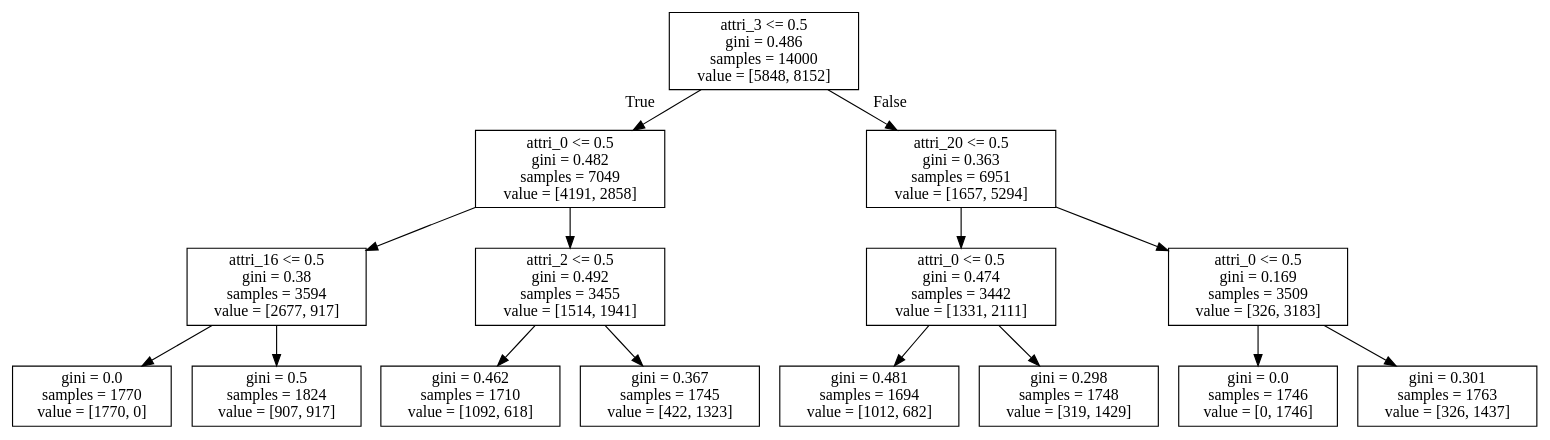
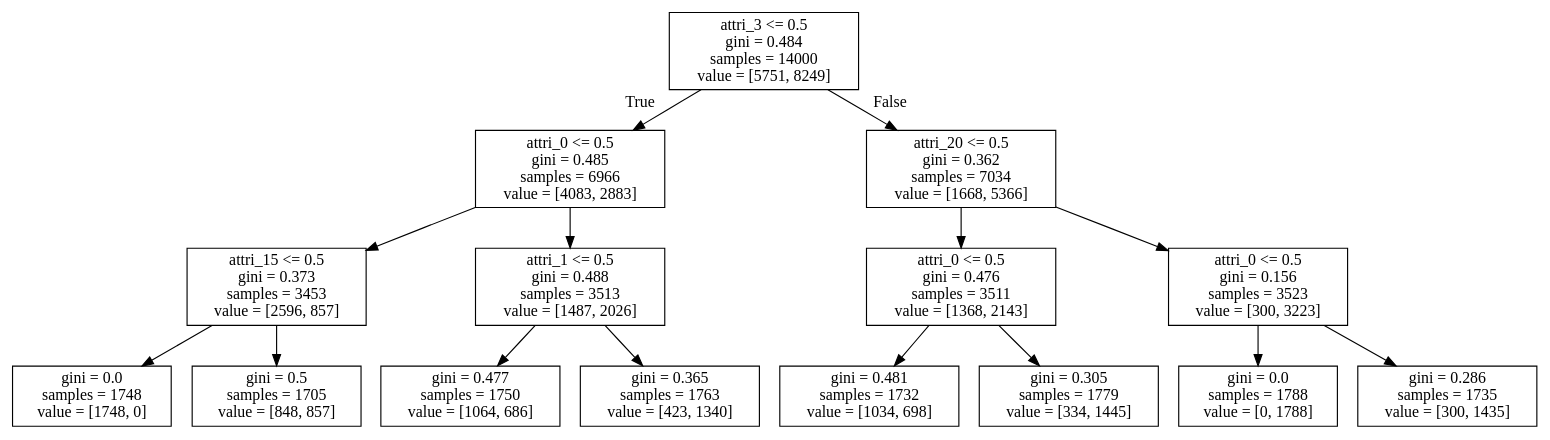
One commit to ElektrischesSchaf/Data_Mining_2019_Projects changed the diagram in Decision_Tree/models/decision_tree_depth_m1_3.dot. Above: the diagram before and after it, drawn with Graphviz. The commit also changed 12 other files, not shown here.

```diff
--- a/Decision_Tree/models/decision_tree_depth_m1_3.dot
+++ b/Decision_Tree/models/decision_tree_depth_m1_3.dot
@@ -1,32 +1,32 @@
 digraph Tree {
 node [shape=box] ;
-0 [label="attri_3 <= 0.5\ngini = 0.486\nsamples = 14000\nvalue = [5848, 8152]"] ;
-1 [label="attri_0 <= 0.5\ngini = 0.482\nsamples = 7049\nvalue = [4191, 2858]"] ;
+0 [label="attri_3 <= 0.5\ngini = 0.484\nsamples = 14000\nvalue = [5751, 8249]"] ;
+1 [label="attri_0 <= 0.5\ngini = 0.485\nsamples = 6966\nvalue = [4083, 2883]"] ;
 0 -> 1 [labeldistance=2.5, labelangle=45, headlabel="True"] ;
-2 [label="attri_16 <= 0.5\ngini = 0.38\nsamples = 3594\nvalue = [2677, 917]"] ;
+2 [label="attri_15 <= 0.5\ngini = 0.373\nsamples = 3453\nvalue = [2596, 857]"] ;
 1 -> 2 ;
-3 [label="gini = 0.0\nsamples = 1770\nvalue = [1770, 0]"] ;
+3 [label="gini = 0.0\nsamples = 1748\nvalue = [1748, 0]"] ;
 2 -> 3 ;
-4 [label="gini = 0.5\nsamples = 1824\nvalue = [907, 917]"] ;
+4 [label="gini = 0.5\nsamples = 1705\nvalue = [848, 857]"] ;
 2 -> 4 ;
-5 [label="attri_2 <= 0.5\ngini = 0.492\nsamples = 3455\nvalue = [1514, 1941]"] ;
+5 [label="attri_1 <= 0.5\ngini = 0.488\nsamples = 3513\nvalue = [1487, 2026]"] ;
 1 -> 5 ;
-6 [label="gini = 0.462\nsamples = 1710\nvalue = [1092, 618]"] ;
+6 [label="gini = 0.477\nsamples = 1750\nvalue = [1064, 686]"] ;
 5 -> 6 ;
-7 [label="gini = 0.367\nsamples = 1745\nvalue = [422, 1323]"] ;
+7 [label="gini = 0.365\nsamples = 1763\nvalue = [423, 1340]"] ;
 5 -> 7 ;
-8 [label="attri_20 <= 0.5\ngini = 0.363\nsamples = 6951\nvalue = [1657, 5294]"] ;
+8 [label="attri_20 <= 0.5\ngini = 0.362\nsamples = 7034\nvalue = [1668, 5366]"] ;
 0 -> 8 [labeldistance=2.5, labelangle=-45, headlabel="False"] ;
-9 [label="attri_0 <= 0.5\ngini = 0.474\nsamples = 3442\nvalue = [1331, 2111]"] ;
+9 [label="attri_0 <= 0.5\ngini = 0.476\nsamples = 3511\nvalue = [1368, 2143]"] ;
 8 -> 9 ;
-10 [label="gini = 0.481\nsamples = 1694\nvalue = [1012, 682]"] ;
+10 [label="gini = 0.481\nsamples = 1732\nvalue = [1034, 698]"] ;
 9 -> 10 ;
-11 [label="gini = 0.298\nsamples = 1748\nvalue = [319, 1429]"] ;
+11 [label="gini = 0.305\nsamples = 1779\nvalue = [334, 1445]"] ;
 9 -> 11 ;
-12 [label="attri_0 <= 0.5\ngini = 0.169\nsamples = 3509\nvalue = [326, 3183]"] ;
+12 [label="attri_0 <= 0.5\ngini = 0.156\nsamples = 3523\nvalue = [300, 3223]"] ;
 8 -> 12 ;
-13 [label="gini = 0.0\nsamples = 1746\nvalue = [0, 1746]"] ;
+13 [label="gini = 0.0\nsamples = 1788\nvalue = [0, 1788]"] ;
 12 -> 13 ;
-14 [label="gini = 0.301\nsamples = 1763\nvalue = [326, 1437]"] ;
+14 [label="gini = 0.286\nsamples = 1735\nvalue = [300, 1435]"] ;
 12 -> 14 ;
 }
```
